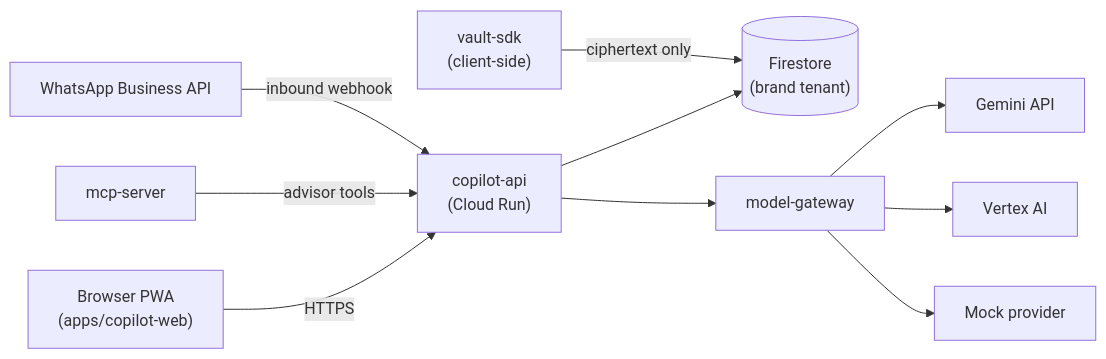
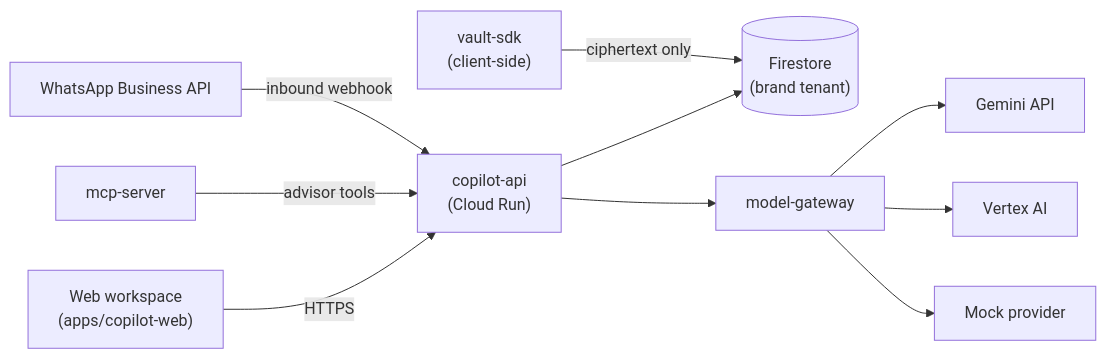
The diagram in README.md (fayaz316/Luxe-AI), drawn with Mermaid before and after one commit. The commit also changed other lines of this file and 3 other files, not shown here.

Commit message:
docs: replace PWA jargon with web workspace terminology

````diff
--- a/README.md
+++ b/README.md
@@ -35,12 +35,12 @@
 ```mermaid
 graph LR
-    WEB["Browser PWA<br/>(apps/copilot-web)"] -->|HTTPS| API["copilot-api<br/>(Cloud Run)"]
+    WEB["Web workspace<br/>(apps/copilot-web)"] -->|HTTPS| API["copilot-api<br/>(Cloud Run)"]
     MCP["mcp-server"] -->|advisor tools| API
     WA["WhatsApp Business API"] -->|inbound webhook| API
     API --> FS[("Firestore<br/>(brand tenant)")]
     API --> GW["model-gateway"]
     GW --> GEM["Gemini API"]
     GW --> VTX["Vertex AI"]
     GW --> MOCK["Mock provider"]
     VAULT["vault-sdk<br/>(client-side)"] -->|ciphertext only| FS
 ```
````
